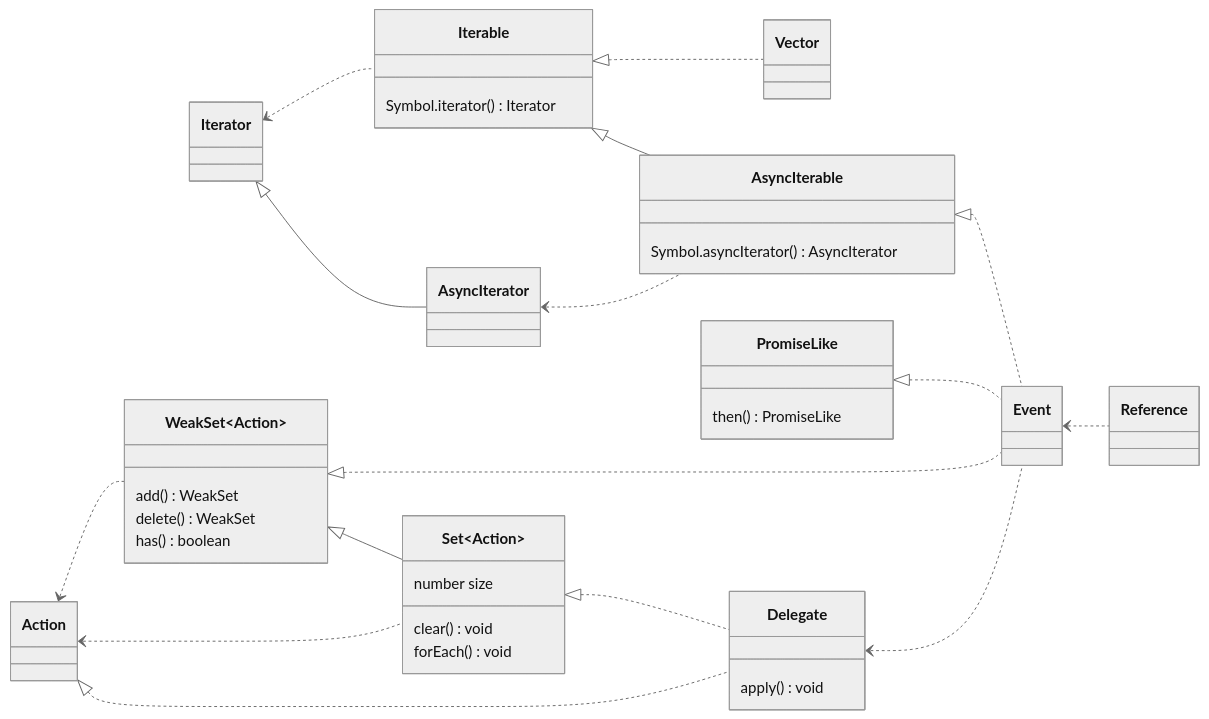
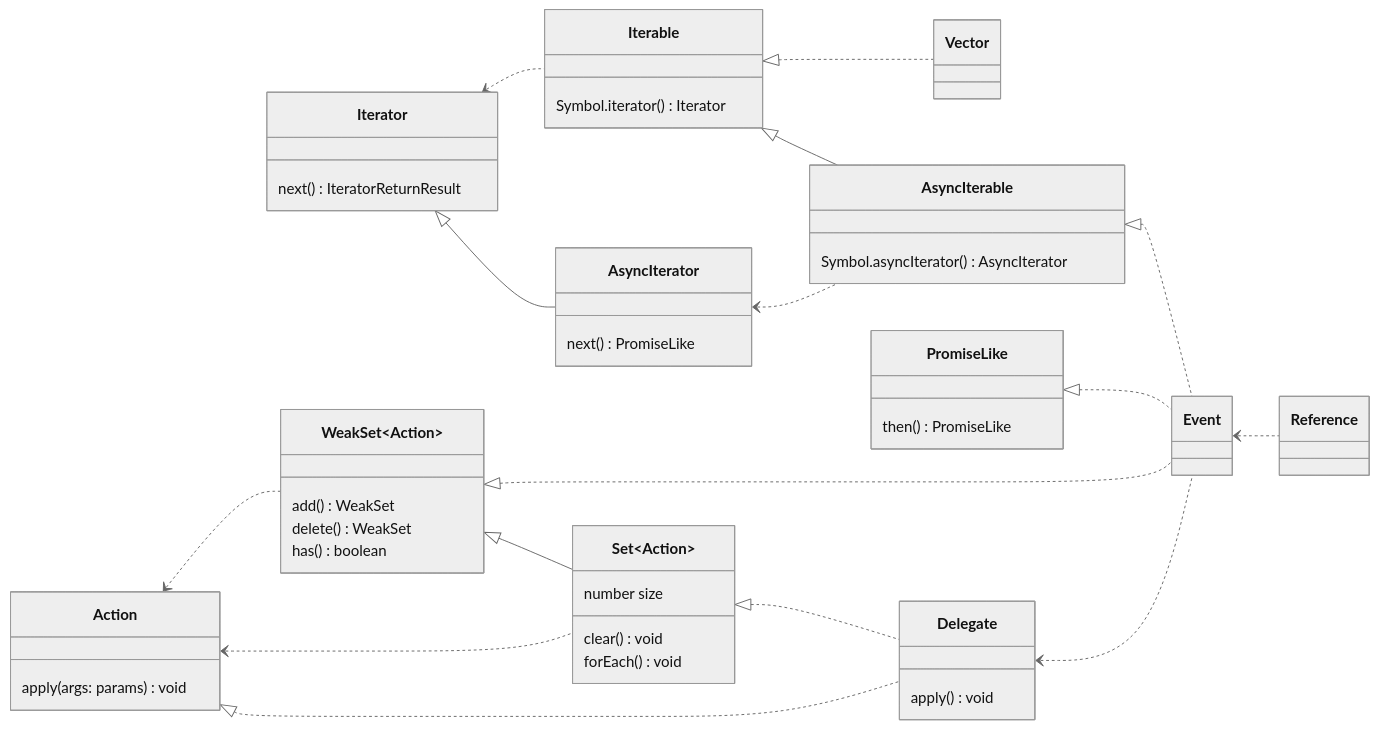
The fourth of 4 diagrams in README.md (domrally/peekeasy), drawn with Mermaid (neutral theme) before and after one commit.

````diff
--- a/README.md
+++ b/README.md
@@ -209,46 +209,55 @@
 ```mermaid
 classDiagram
     direction LR
     Iterable <|.. Vector
     Iterator <.. Iterable
     Iterable <|-- AsyncIterable
     Iterator <|-- AsyncIterator
     AsyncIterator <.. AsyncIterable
     AsyncIterable <|.. Event
     PromiseLike <|.. Event
     WeakSet~Action~ <|.. Event
     Action <.. WeakSet~Action~
     Action <.. Set~Action~
     Action <|.. Delegate
     Set~Action~ <|.. Delegate
     Delegate <.. Event
     Event <.. Reference
     WeakSet~Action~ <|-- Set~Action~
     class AsyncIterable {
         Symbol.asyncIterator() AsyncIterator
     }
     class Iterable {
         Symbol.iterator() Iterator
     }
+    class Iterator {
+        next() IteratorReturnResult
+    }
+    class AsyncIterator {
+        next() PromiseLike<IteratorReturnResult>
+    }
     class PromiseLike {
         then() PromiseLike
     }
     class WeakSet {
         add() WeakSet
         delete() WeakSet
         has() boolean
     }
     class Set {
         number size
         clear() void
         forEach() void
     }
+    class Action {
+        apply(args: params) void
+    }
     class Delegate {
         apply() void
     }
     link Delegate "https://github.com/domrally/peekeasy/blob/main/src/delegate.ts" "delegate.ts"
     class Event
     link Event "https://github.com/domrally/peekeasy/blob/main/src/event.ts" "event.ts"
     class Vector
     link Vector "https://github.com/domrally/peekeasy/blob/main/src/vector.ts" "vector.ts"
 ```
````
